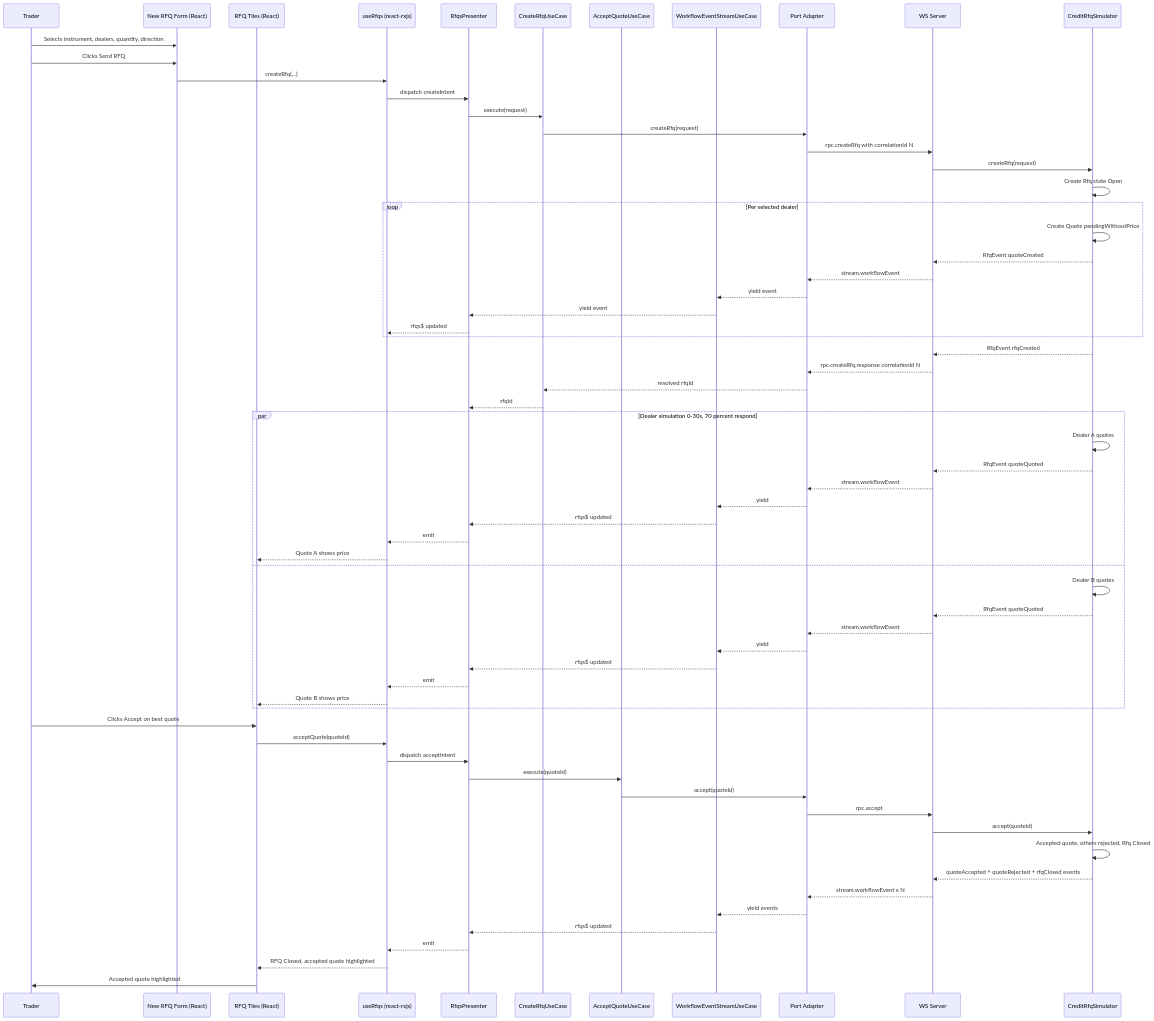
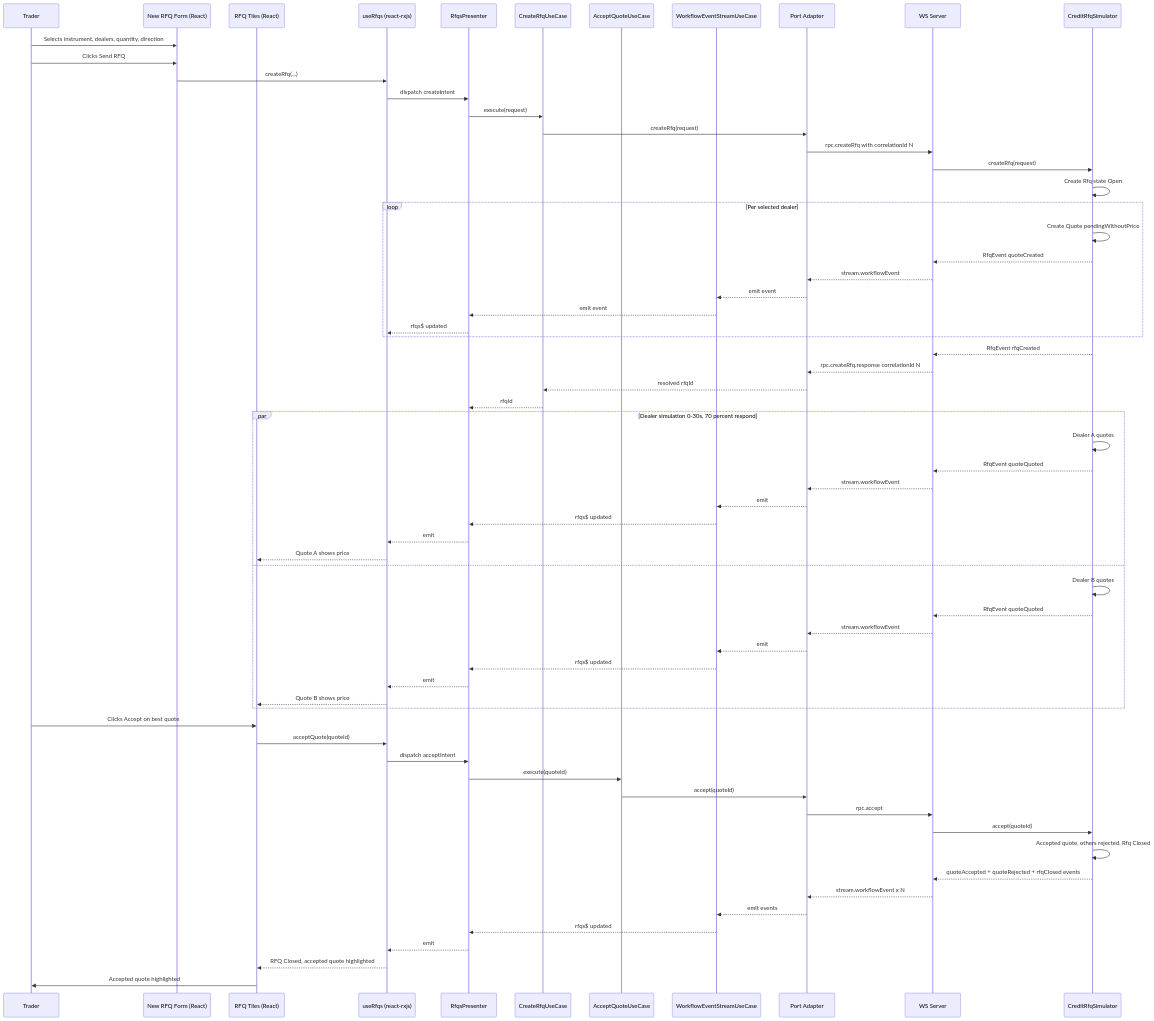
One commit to bettersoftware-io/ReactiveTraderCloudClone changed diagram 13 of 18 in docs/architecture.md. Above: the diagram before and after it, drawn with Mermaid. The commit also changed other lines of this file and 4 other files, not shown here.

Commit message:
refactor(domain): finalize Phase 2.6 — delete delay.ts, update architecture.md, mark STATUS done

````diff
--- a/docs/architecture.md
+++ b/docs/architecture.md
@@ -787,72 +803,72 @@
 ```mermaid
 sequenceDiagram
     participant Trader
     participant Form as New RFQ Form (React)
     participant Tiles as RFQ Tiles (React)
     participant Hook as useRfqs (react-rxjs)
     participant Presenter as RfqsPresenter
     participant CreateUC as CreateRfqUseCase
     participant AcceptUC as AcceptQuoteUseCase
     participant EventsUC as WorkflowEventStreamUseCase
     participant Adapter as Port Adapter
     participant Server as WS Server
     participant Sim as CreditRfqSimulator
 
     Trader->>Form: Selects instrument, dealers, quantity, direction
     Trader->>Form: Clicks Send RFQ
     Form->>Hook: createRfq(...)
     Hook->>Presenter: dispatch createIntent
     Presenter->>CreateUC: execute(request)
     CreateUC->>Adapter: createRfq(request)
     Adapter->>Server: rpc.createRfq with correlationId N
     Server->>Sim: createRfq(request)
     Sim->>Sim: Create Rfq state Open
 
     loop Per selected dealer
         Sim->>Sim: Create Quote pendingWithoutPrice
         Sim-->>Server: RfqEvent quoteCreated
         Server-->>Adapter: stream.workflowEvent
-        Adapter-->>EventsUC: yield event
-        EventsUC-->>Presenter: yield event
+        Adapter-->>EventsUC: emit event
+        EventsUC-->>Presenter: emit event
         Presenter-->>Hook: rfqs$ updated
     end
 
     Sim-->>Server: RfqEvent rfqCreated
     Server-->>Adapter: rpc.createRfq.response correlationId N
     Adapter-->>CreateUC: resolved rfqId
     CreateUC-->>Presenter: rfqId
 
     par Dealer simulation 0-30s, 70 percent respond
         Sim->>Sim: Dealer A quotes
         Sim-->>Server: RfqEvent quoteQuoted
         Server-->>Adapter: stream.workflowEvent
-        Adapter-->>EventsUC: yield
+        Adapter-->>EventsUC: emit
         EventsUC-->>Presenter: rfqs$ updated
         Presenter-->>Hook: emit
         Hook-->>Tiles: Quote A shows price
     and
         Sim->>Sim: Dealer B quotes
         Sim-->>Server: RfqEvent quoteQuoted
         Server-->>Adapter: stream.workflowEvent
-        Adapter-->>EventsUC: yield
+        Adapter-->>EventsUC: emit
         EventsUC-->>Presenter: rfqs$ updated
         Presenter-->>Hook: emit
         Hook-->>Tiles: Quote B shows price
     end
 
     Trader->>Tiles: Clicks Accept on best quote
     Tiles->>Hook: acceptQuote(quoteId)
     Hook->>Presenter: dispatch acceptIntent
     Presenter->>AcceptUC: execute(quoteId)
     AcceptUC->>Adapter: accept(quoteId)
     Adapter->>Server: rpc.accept
     Server->>Sim: accept(quoteId)
     Sim->>Sim: Accepted quote, others rejected, Rfq Closed
     Sim-->>Server: quoteAccepted + quoteRejected + rfqClosed events
     Server-->>Adapter: stream.workflowEvent x N
-    Adapter-->>EventsUC: yield events
+    Adapter-->>EventsUC: emit events
     EventsUC-->>Presenter: rfqs$ updated
     Presenter-->>Hook: emit
     Hook-->>Tiles: RFQ Closed, accepted quote highlighted
     Tiles->>Trader: Accepted quote highlighted
 ```
````
